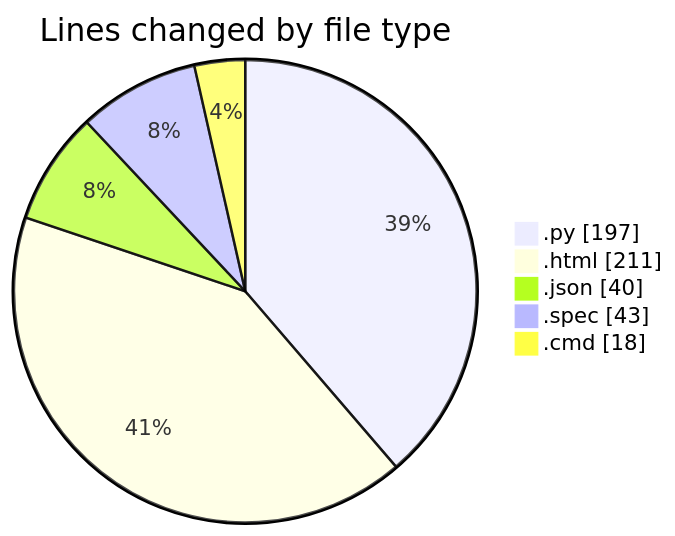
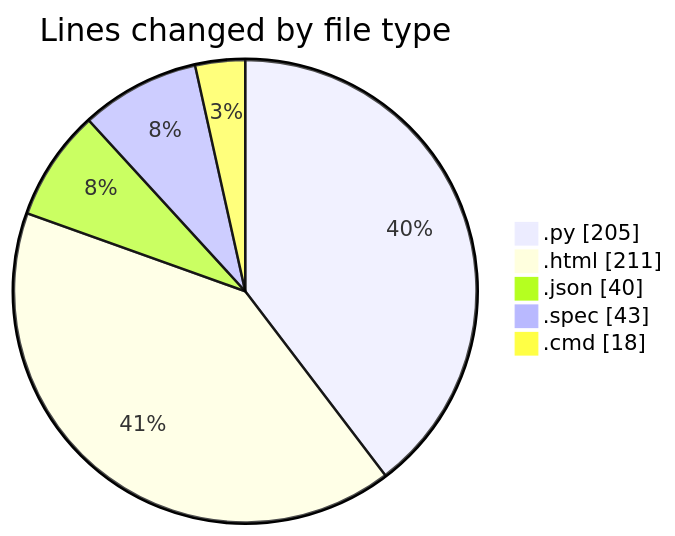
One commit to FelipKnott/code-tracking changed the first of 2 diagrams in 2025-07-12/cursor/README.md. Above: the diagram before and after it, drawn with Mermaid. The commit also changed other lines of this file and 1 other file, not shown here.

````diff
--- a/2025-07-12/cursor/README.md
+++ b/2025-07-12/cursor/README.md
@@ -25,9 +25,9 @@
 ```mermaid
 pie showData
 title Lines changed by file type
-".py" : 197
+".py" : 205
 ".html" : 211
 ".json" : 40
 ".spec" : 43
 ".cmd" : 18
 ```
````
